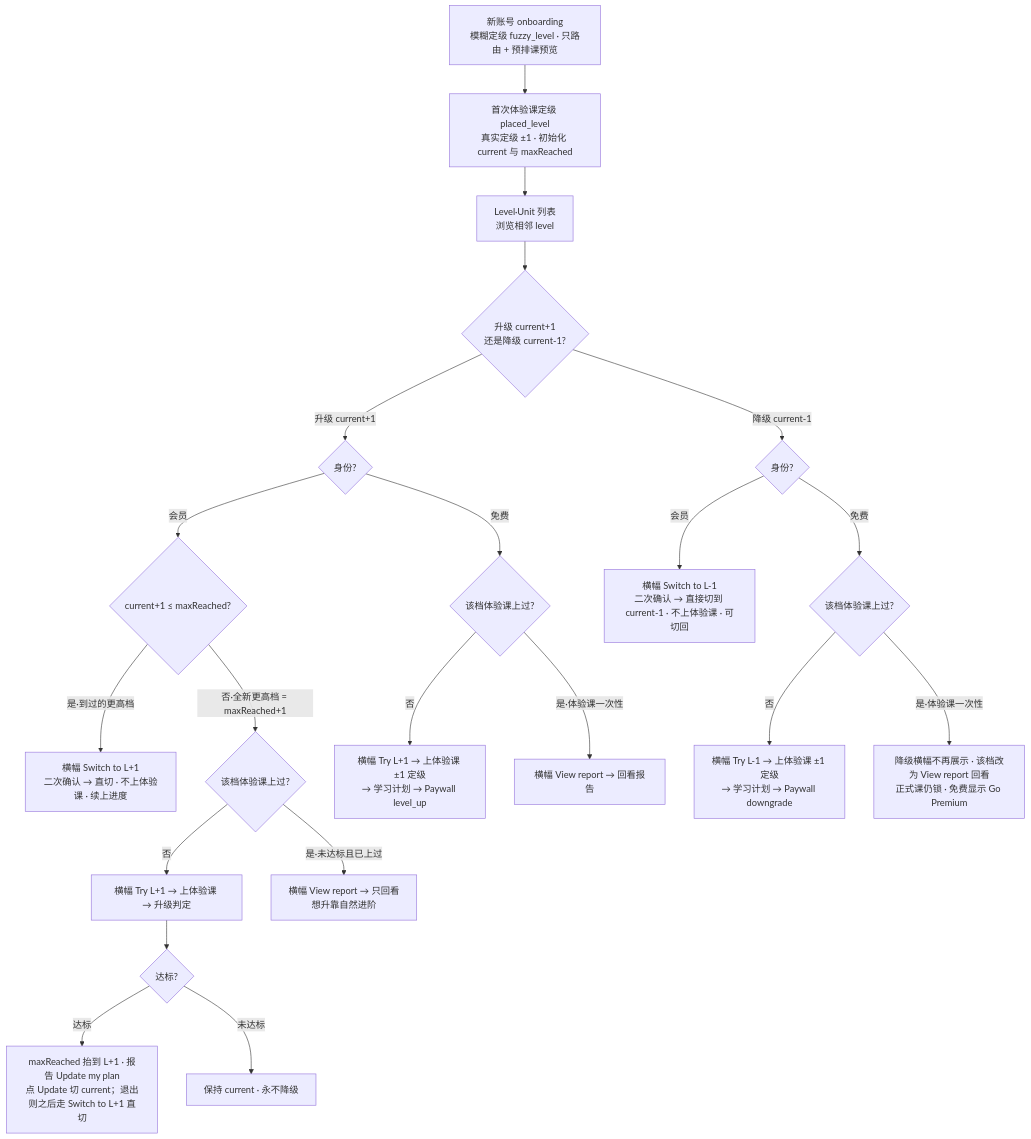
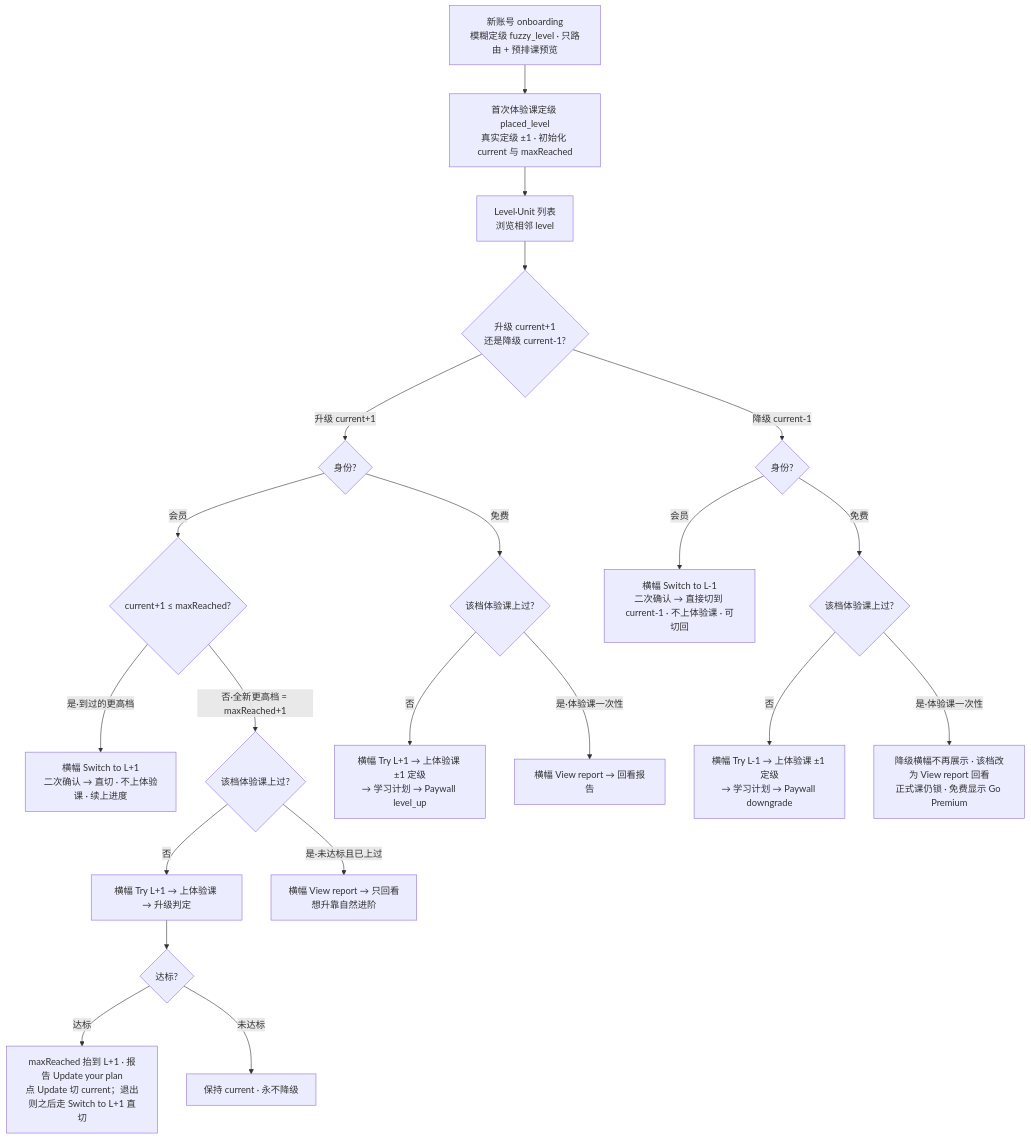
Before and after one commit to cyanlee888/cyan: the first of 2 diagrams in V1.3.1-产品需求文档-PRD.md, drawn with Mermaid. The commit also changed other lines of this file and 2 other files, not shown here.

First line of the commit message:
V1.3.1: 完课「Chat with Dino」扩展到体验课卡（仅课卡不进报告）+ 文案统一 your plan

````diff
--- a/V1.3.1-产品需求文档-PRD.md
+++ b/V1.3.1-产品需求文档-PRD.md
@@ -124,27 +124,27 @@
 ```mermaid
 flowchart TB
   OB[新账号 onboarding<br/>模糊定级 fuzzy_level · 只路由 + 预排课预览] --> Place[首次体验课定级 placed_level<br/>真实定级 ±1 · 初始化 current 与 maxReached]
   Place --> List[Level·Unit 列表<br/>浏览相邻 level]
   List --> Dir{升级 current+1<br/>还是降级 current-1?}
 
   %% ===== 升级 current+1 =====
   Dir -->|升级 current+1| Up{身份?}
   Up -->|会员| UpM{current+1 ≤ maxReached?}
   UpM -->|是·到过的更高档| UpBack[横幅 Switch to L+1<br/>二次确认 → 直切 · 不上体验课 · 续上进度]
   UpM -->|否·全新更高档 = maxReached+1| UpNew{该档体验课上过?}
   UpNew -->|否| UpTrial[横幅 Try L+1 → 上体验课 → 升级判定]
   UpTrial --> Judge{达标?}
-  Judge -->|达标| UpPass[maxReached 抬到 L+1 · 报告 Update my plan<br/>点 Update 切 current；退出则之后走 Switch to L+1 直切]
+  Judge -->|达标| UpPass[maxReached 抬到 L+1 · 报告 Update your plan<br/>点 Update 切 current；退出则之后走 Switch to L+1 直切]
   Judge -->|未达标| UpKeep[保持 current · 永不降级]
   UpNew -->|是·未达标且已上过| UpView[横幅 View report → 只回看<br/>想升靠自然进阶]
   Up -->|免费| UpF{该档体验课上过?}
   UpF -->|否| UpFTry[横幅 Try L+1 → 上体验课 ±1 定级<br/>→ 学习计划 → Paywall level_up]
   UpF -->|是·体验课一次性| UpFView[横幅 View report → 回看报告]
 
   %% ===== 降级 current-1 =====
   Dir -->|降级 current-1| Down{身份?}
   Down -->|会员| DownM[横幅 Switch to L-1<br/>二次确认 → 直接切到 current-1 · 不上体验课 · 可切回]
   Down -->|免费| DownF{该档体验课上过?}
   DownF -->|否| DownFTry[横幅 Try L-1 → 上体验课 ±1 定级<br/>→ 学习计划 → Paywall downgrade]
   DownF -->|是·体验课一次性| DownFView[降级横幅不再展示 · 该档改为 View report 回看<br/>正式课仍锁 · 免费显示 Go Premium]
 ```
````
